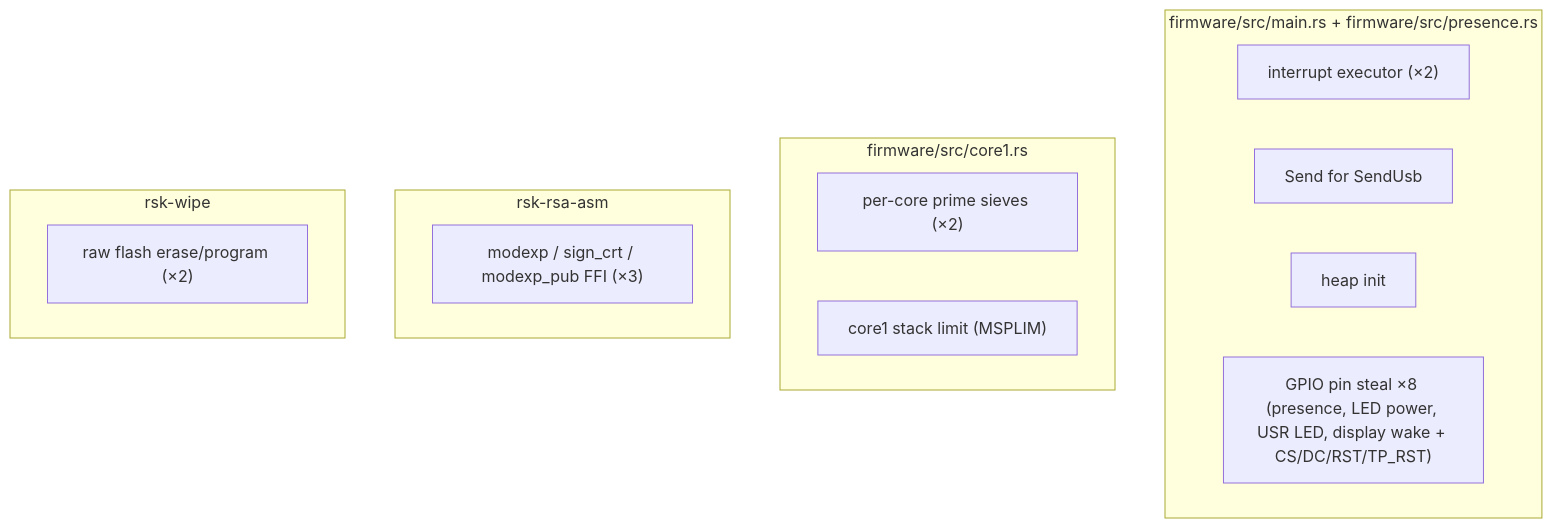
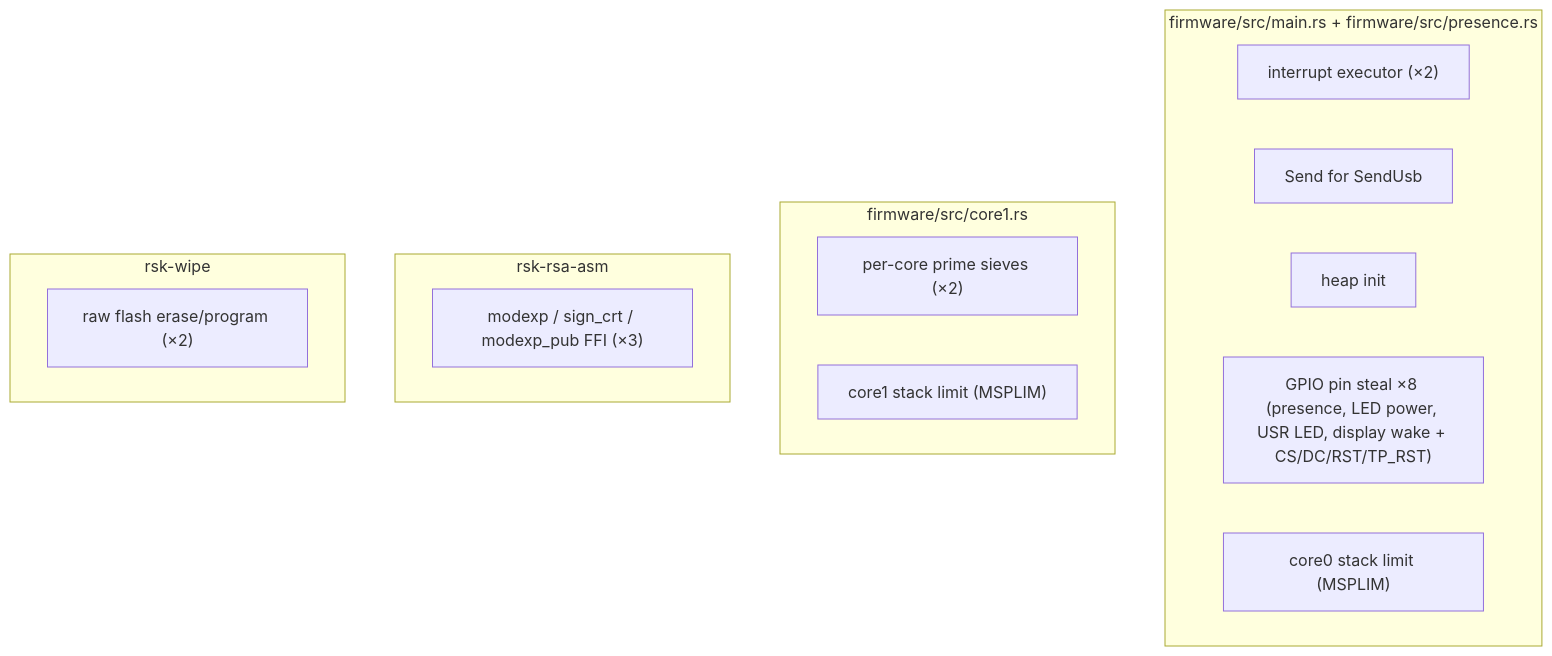
One commit to TheMaxMur/RS-Key changed the diagram in docs/unsafe.md. Above: the diagram before and after it, drawn with Mermaid. The commit also changed other lines of this file and 4 other files, not shown here.

````diff
--- a/docs/unsafe.md
+++ b/docs/unsafe.md
@@ -18,19 +18,20 @@
 ```mermaid
 flowchart TB
     subgraph fw["firmware/src/main.rs + firmware/src/presence.rs"]
       a["interrupt executor (×2)"]
       b["Send for SendUsb"]
       c["heap init"]
       d["GPIO pin steal ×8 (presence, LED power, USR LED, display wake + CS/DC/RST/TP_RST)"]
+      d2["core0 stack limit (MSPLIM)"]
     end
     subgraph kg["firmware/src/core1.rs"]
       e["per-core prime sieves (×2)"]
       e2["core1 stack limit (MSPLIM)"]
     end
     subgraph asm["rsk-rsa-asm"]
       f["modexp / sign_crt / modexp_pub FFI (×3)"]
     end
     subgraph wipe["rsk-wipe"]
       g["raw flash erase/program (×2)"]
     end
 ```
````
